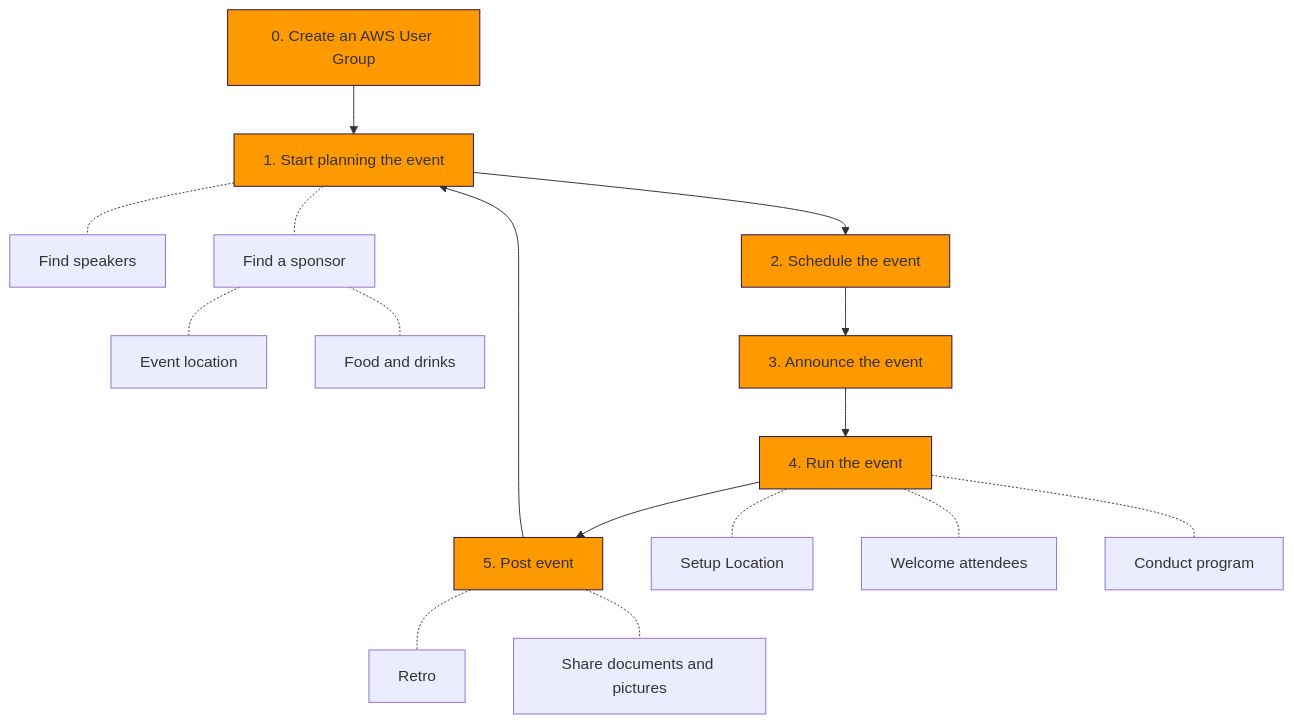
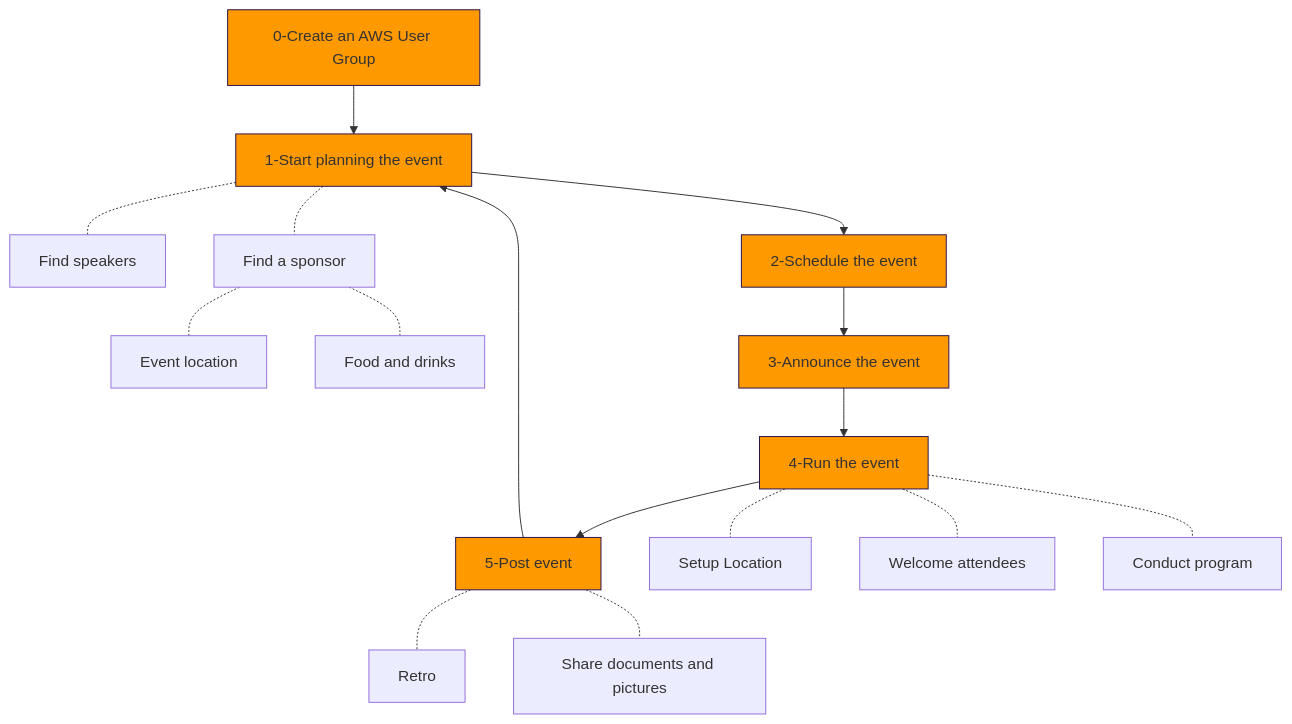
One commit to global-aws-community/aws-ug-cookbook changed the diagram in best_practices.md. Above: the diagram before and after it, drawn with Mermaid. The commit also changed other lines of this file, not shown here.

Commit message:
fix mermaid diagram

````diff
--- a/best_practices.md
+++ b/best_practices.md
@@ -7,16 +7,16 @@
 ```mermaid
 flowchart TB
-    create[0. Create an AWS User Group] --> start[1. Start planning the event]
+    create[0-Create an AWS User Group] --> start[1-Start planning the event]
     start -.- speakers[Find speakers] & sponsor[Find a sponsor]
     sponsor -.- location[Event location] & food[Food and drinks]
-    start --> schedule[2. Schedule the event]
-    schedule --> announce[3. Announce the event]
-    announce --> run[4. Run the event]
-    run --> wrapup[5. Post event]
+    start --> schedule[2-Schedule the event]
+    schedule --> announce[3-Announce the event]
+    announce --> run[4-Run the event]
+    run --> wrapup[5-Post event]
     run -.- setup[Setup Location] & welcome[Welcome attendees] & program[Conduct program]
     wrapup --> start
     wrapup -.- retro[Retro] & resources[Share documents and pictures]
 
     classDef mainPath fill:#ff9900,stroke:#28104E;
     class create,start,schedule,announce,run,wrapup mainPath;
 ```
````
